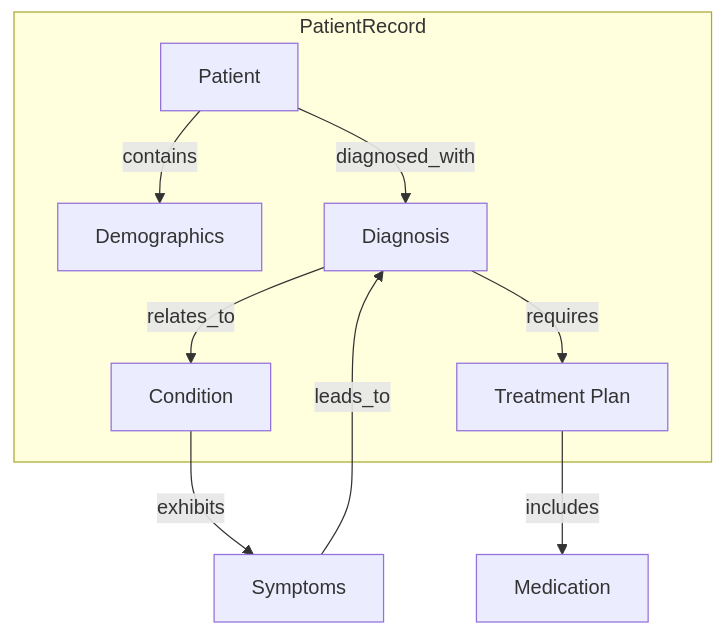
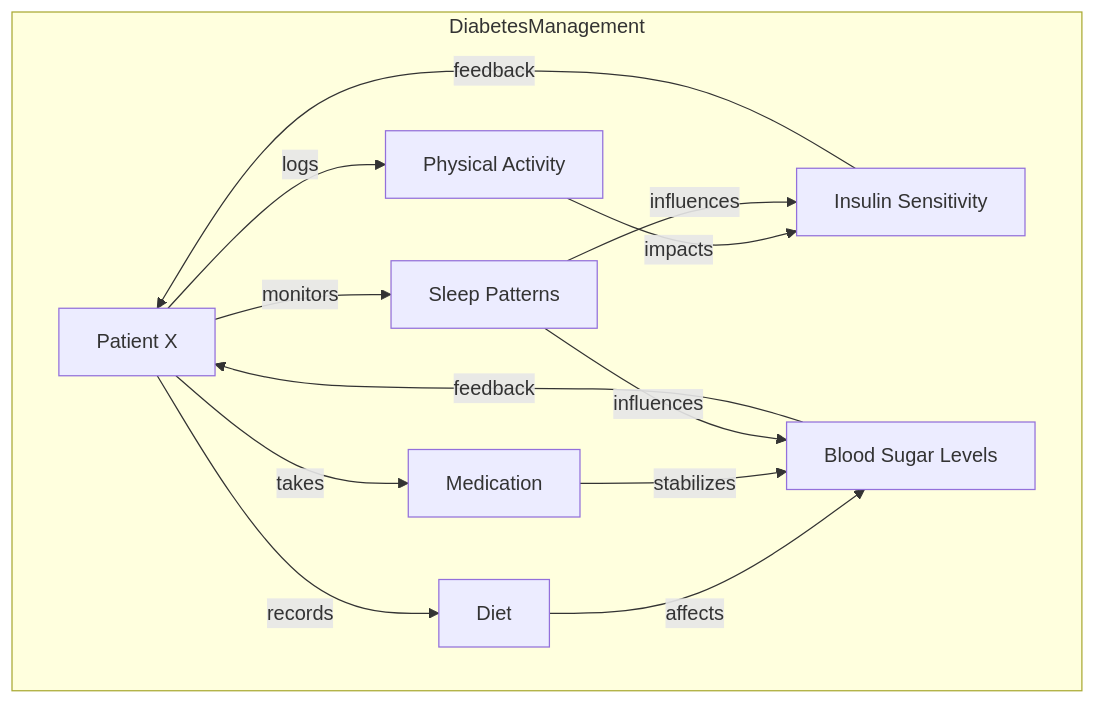
One commit to ConicuConsulting/SlappGraphs changed the diagram in tmp.md. Above: the diagram before and after it, drawn with Mermaid. The commit also changed other lines of this file, not shown here.

````diff
--- a/tmp.md
+++ b/tmp.md
@@ -37,19 +35,25 @@
 ```mermaid
 graph TD
 
-  subgraph PatientRecord
-    Patient[Patient]
-    Demographics[Demographics]
-    Diagnosis[Diagnosis]
-    TreatmentPlan[Treatment Plan]
-    Condition[Condition]
+  subgraph DiabetesManagement
+    Patient[Patient X]
+    Exercise[Physical Activity]
+    Diet[Diet]
+    Medication[Medication]
+    Sleep[Sleep Patterns]
+    BloodSugar[Blood Sugar Levels]
+    Insulin[Insulin Sensitivity]
   end
 
-  Patient -- contains --> Demographics
-  Patient -- diagnosed_with --> Diagnosis
-  Diagnosis -- relates_to --> Condition
-  Diagnosis -- requires --> TreatmentPlan
-  TreatmentPlan -- includes --> Medication[Medication]
-  Condition -- exhibits --> Symptoms[Symptoms]
-  Symptoms -- leads_to --> Diagnosis
+  Patient -- logs --> Exercise
+  Patient -- records --> Diet
+  Patient -- takes --> Medication
+  Patient -- monitors --> Sleep
+  Exercise -- impacts --> Insulin
+  Diet -- affects --> BloodSugar
+  Medication -- stabilizes --> BloodSugar
+  Sleep -- influences --> BloodSugar
+  Sleep -- influences --> Insulin
+  BloodSugar -- feedback --> Patient
+  Insulin -- feedback --> Patient
 ```
````
